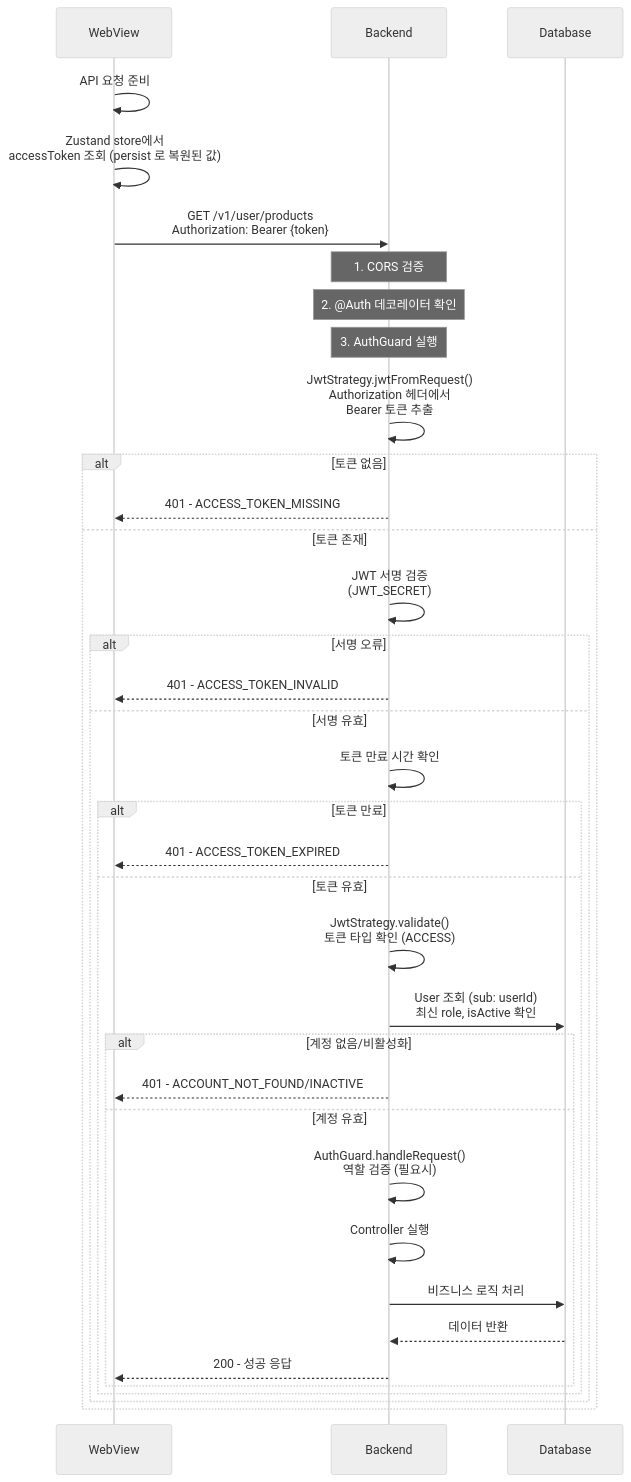
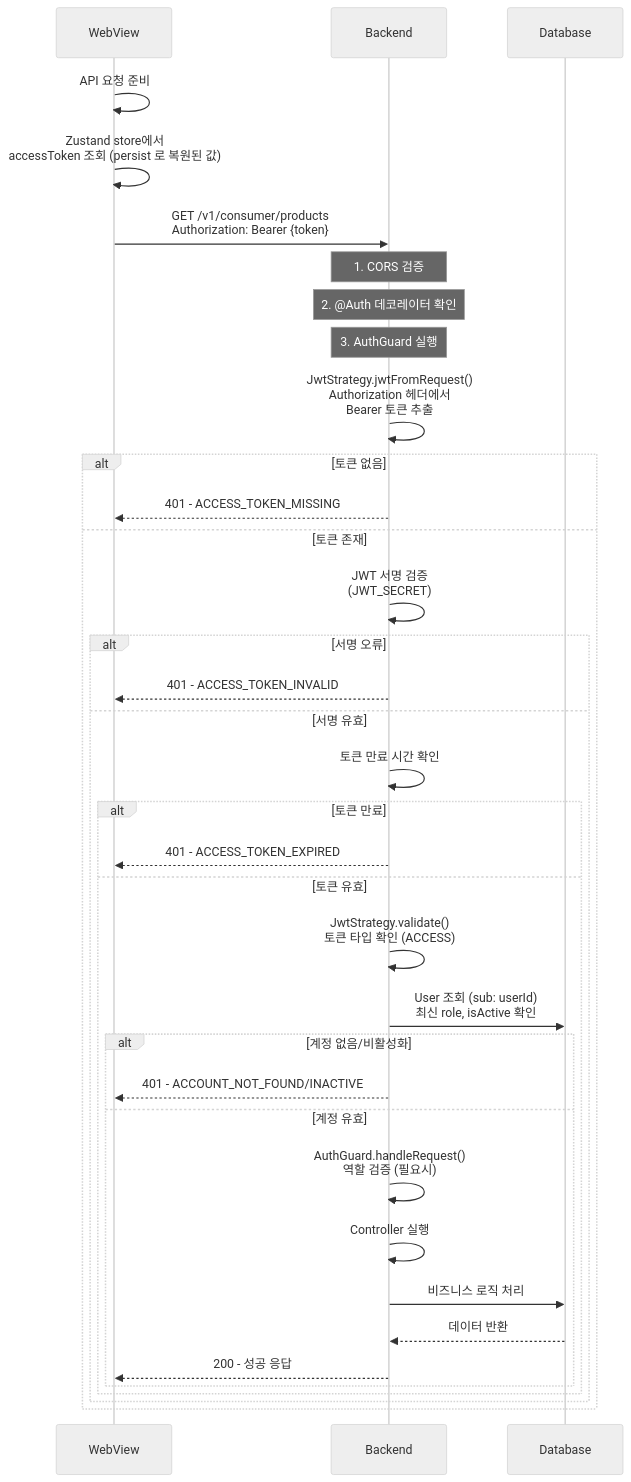
Before and after one commit to picake-team/picake-engineering-backend: the second of 5 diagrams in docs/common/feature/사용자 - 웹뷰 인증.md, drawn with Mermaid (neutral theme). The commit also changed other lines of this file and 19 other files, not shown here.

````diff
--- a/docs/common/feature/사용자 - 웹뷰 인증.md
+++ b/docs/common/feature/사용자 - 웹뷰 인증.md
@@ -58,43 +58,43 @@
 ```mermaid
 sequenceDiagram
     participant W as WebView
     participant B as Backend
     participant DB as Database
 
     W->>W: API 요청 준비
     W->>W: Zustand store에서<br/>accessToken 조회 (persist 로 복원된 값)
-    W->>B: GET /v1/user/products<br/>Authorization: Bearer {token}
+    W->>B: GET /v1/consumer/products<br/>Authorization: Bearer {token}
 
     Note over B: 1. CORS 검증
     Note over B: 2. @Auth 데코레이터 확인
     Note over B: 3. AuthGuard 실행
 
     B->>B: JwtStrategy.jwtFromRequest()<br/>Authorization 헤더에서<br/>Bearer 토큰 추출
 
     alt 토큰 없음
         B-->>W: 401 - ACCESS_TOKEN_MISSING
     else 토큰 존재
         B->>B: JWT 서명 검증<br/>(JWT_SECRET)
         alt 서명 오류
             B-->>W: 401 - ACCESS_TOKEN_INVALID
         else 서명 유효
             B->>B: 토큰 만료 시간 확인
             alt 토큰 만료
                 B-->>W: 401 - ACCESS_TOKEN_EXPIRED
             else 토큰 유효
                 B->>B: JwtStrategy.validate()<br/>토큰 타입 확인 (ACCESS)
                 B->>DB: User 조회 (sub: userId)<br/>최신 role, isActive 확인
 
                 alt 계정 없음/비활성화
                     B-->>W: 401 - ACCOUNT_NOT_FOUND/INACTIVE
                 else 계정 유효
                     B->>B: AuthGuard.handleRequest()<br/>역할 검증 (필요시)
                     B->>B: Controller 실행
                     B->>DB: 비즈니스 로직 처리
                     DB-->>B: 데이터 반환
                     B-->>W: 200 - 성공 응답
                 end
             end
         end
     end
 ```
````
